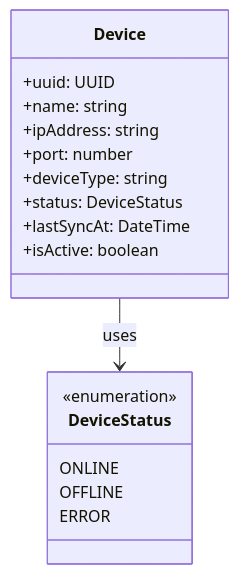
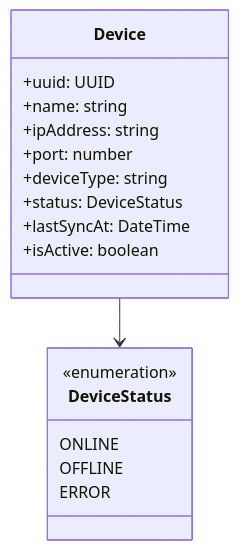
One commit to MAAC77/docs-hr changed the sixth of 8 diagrams in 06-integracion-dispositivos/01-integracion-zkteco.md. Above: the diagram before and after it, drawn with Mermaid. The commit also changed other lines of this file and 12 other files, not shown here.

````diff
--- a/06-integracion-dispositivos/01-integracion-zkteco.md
+++ b/06-integracion-dispositivos/01-integracion-zkteco.md
@@ -214,22 +214,22 @@
 ```mermaid
 classDiagram
     class Device {
         +uuid: UUID
         +name: string
         +ipAddress: string
         +port: number
         +deviceType: string
         +status: DeviceStatus
         +lastSyncAt: DateTime
         +isActive: boolean
     }
 
     class DeviceStatus {
         <<enumeration>>
         ONLINE
         OFFLINE
         ERROR
     }
 
-    Device --> DeviceStatus : uses
+    Device --> DeviceStatus
 ```
````
